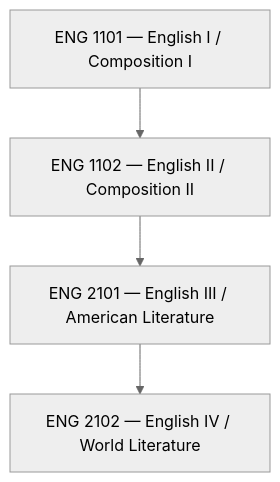
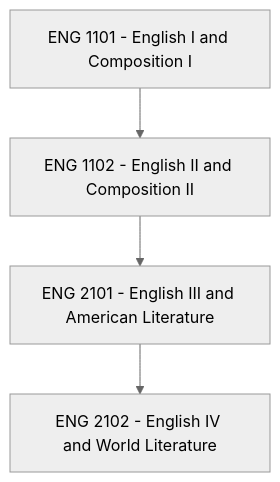
The eighth of 29 diagrams in RIAH-PATHWAY-CURRICULUM-STRUCTURE/RIAH-PATHWAY-HIGH-SCHOOL-STRUCTURE/HIGH-SCHOOL-STRUCTURE.md (RIAHPathway/Website-Draft), drawn with Mermaid (neutral theme) before and after one commit. The commit also changed other lines of this file, not shown here.

Commit message:
Repair High School Mermaid rendering compatibility

````diff
--- a/RIAH-PATHWAY-CURRICULUM-STRUCTURE/RIAH-PATHWAY-HIGH-SCHOOL-STRUCTURE/HIGH-SCHOOL-STRUCTURE.md
+++ b/RIAH-PATHWAY-CURRICULUM-STRUCTURE/RIAH-PATHWAY-HIGH-SCHOOL-STRUCTURE/HIGH-SCHOOL-STRUCTURE.md
@@ -580,10 +580,10 @@
 ```mermaid
-flowchart TD
-    N0["ENG 1101 — English I / Composition I"]
-    N1["ENG 1102 — English II / Composition II"]
-    N2["ENG 2101 — English III / American Literature"]
-    N3["ENG 2102 — English IV / World Literature"]
+graph TD
+    N0["ENG 1101 - English I and Composition I"]
+    N1["ENG 1102 - English II and Composition II"]
+    N2["ENG 2101 - English III and American Literature"]
+    N3["ENG 2102 - English IV and World Literature"]
     N0 --> N1
     N1 --> N2
     N2 --> N3
 ```
````
